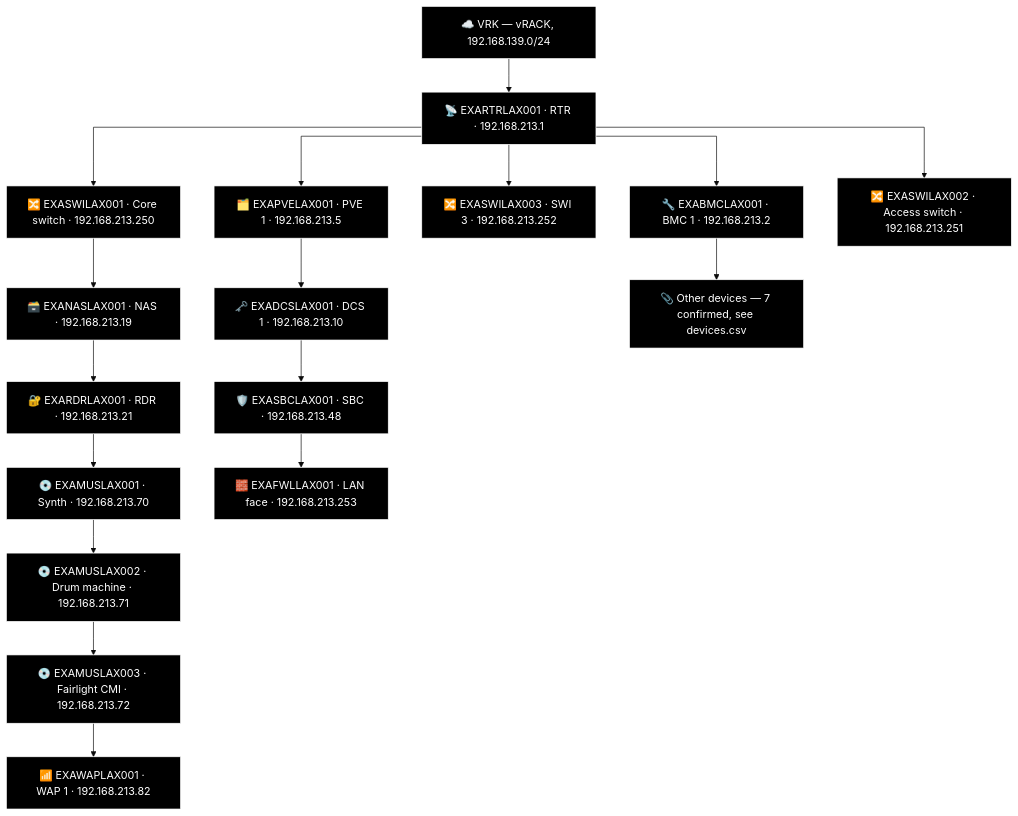
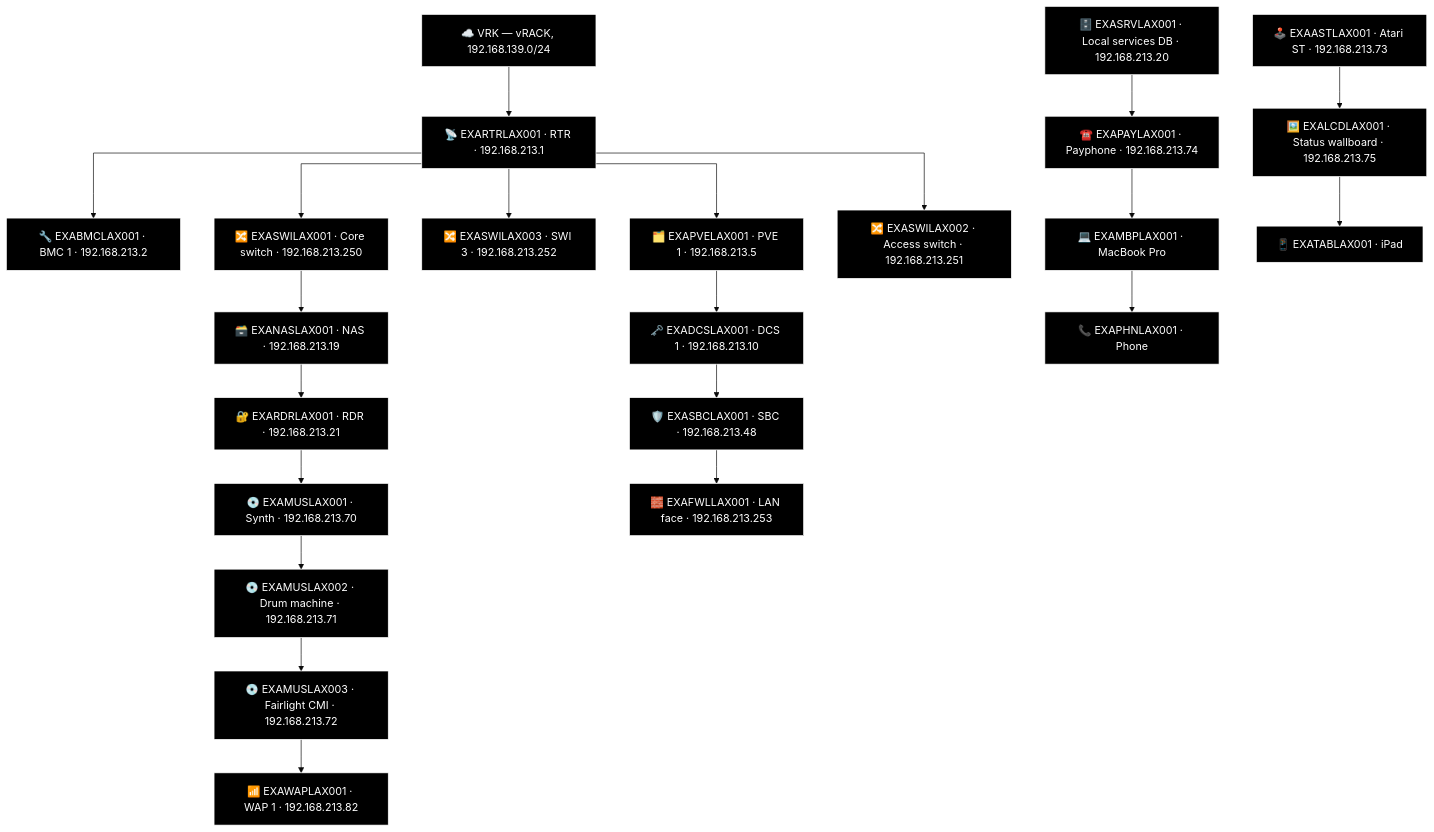
Before and after one commit to knightmare2600/example_music_infra: the second of 16 diagrams in docs/network-diagram/united-states.md, drawn with Mermaid (base theme). The commit also changed other lines of this file and 8 other files, not shown here.

First line of the commit message:
generate_network_diagrams.py: port FAL's two-column "Other" bucket into the generator

````diff
--- a/docs/network-diagram/united-states.md
+++ b/docs/network-diagram/united-states.md
@@ -59,49 +59,62 @@
 ```mermaid
 %% GENERATED:TOPOLOGY:LAX:START
 %%{init: {'flowchart': {'curve': 'stepAfter'}}}%%
 graph TD
     T_VRK["☁️ VRK — vRACK, 192.168.139.0/24"]
     T_RTR["📡 EXARTRLAX001 · RTR · 192.168.213.1"]
     T_VRK --> T_RTR
     T_BMC["🔧 EXABMCLAX001 · BMC 1 · 192.168.213.2"]
     T_RTR --> T_BMC
     T_PVE["🗂️ EXAPVELAX001 · PVE 1 · 192.168.213.5"]
     T_RTR --> T_PVE
     T_SWI["🔀 EXASWILAX003 · SWI 3 · 192.168.213.252"]
     T_RTR --> T_SWI
     T_SWI2["🔀 EXASWILAX001 · Core switch · 192.168.213.250"]
     T_RTR --> T_SWI2
     T_SWI3["🔀 EXASWILAX002 · Access switch · 192.168.213.251"]
     T_RTR --> T_SWI3
     T_NAS["🗃️ EXANASLAX001 · NAS · 192.168.213.19"]
     T_RDR["🔐 EXARDRLAX001 · RDR · 192.168.213.21"]
     T_MUS["💿 EXAMUSLAX001 · Synth · 192.168.213.70"]
     T_MUS2["💿 EXAMUSLAX002 · Drum machine · 192.168.213.71"]
     T_MUS3["💿 EXAMUSLAX003 · Fairlight CMI · 192.168.213.72"]
     T_WAP["📶 EXAWAPLAX001 · WAP 1 · 192.168.213.82"]
     T_SWI2 --> T_NAS --> T_RDR --> T_MUS --> T_MUS2 --> T_MUS3 --> T_WAP
     T_DCS["🗝️ EXADCSLAX001 · DCS 1 · 192.168.213.10"]
     T_SBC["🛡️ EXASBCLAX001 · SBC · 192.168.213.48"]
     T_FWL["🧱 EXAFWLLAX001 · LAN face · 192.168.213.253"]
     T_PVE --> T_DCS --> T_SBC --> T_FWL
-    T_OTHER["📎 Other devices — 7 confirmed, see devices.csv"]
-    T_BMC --> T_OTHER
+    T_SRV["🗄️ EXASRVLAX001 · Local services DB · 192.168.213.20"]
+    T_AST["🕹️ EXAASTLAX001 · Atari ST · 192.168.213.73"]
+    T_PAY["☎️ EXAPAYLAX001 · Payphone · 192.168.213.74"]
+    T_LCD["🖼️ EXALCDLAX001 · Status wallboard · 192.168.213.75"]
+    T_MBP["💻 EXAMBPLAX001 · MacBook Pro"]
+    T_TAB["📱 EXATABLAX001 · iPad"]
+    T_PHN["📞 EXAPHNLAX001 · Phone"]
+    T_SRV --> T_PAY --> T_MBP --> T_PHN
+    T_AST --> T_LCD --> T_TAB
     style T_VRK fill:#000000,stroke:#FFFFFF,color:#FFFFFF
     style T_RTR fill:#000000,stroke:#FFFFFF,color:#FFFFFF
     style T_BMC fill:#000000,stroke:#FFFFFF,color:#FFFFFF
     style T_PVE fill:#000000,stroke:#FFFFFF,color:#FFFFFF
     style T_SWI fill:#000000,stroke:#FFFFFF,color:#FFFFFF
     style T_SWI2 fill:#000000,stroke:#FFFFFF,color:#FFFFFF
     style T_SWI3 fill:#000000,stroke:#FFFFFF,color:#FFFFFF
     style T_NAS fill:#000000,stroke:#FFFFFF,color:#FFFFFF
     style T_RDR fill:#000000,stroke:#FFFFFF,color:#FFFFFF
     style T_MUS fill:#000000,stroke:#FFFFFF,color:#FFFFFF
     style T_MUS2 fill:#000000,stroke:#FFFFFF,color:#FFFFFF
     style T_MUS3 fill:#000000,stroke:#FFFFFF,color:#FFFFFF
     style T_WAP fill:#000000,stroke:#FFFFFF,color:#FFFFFF
     style T_DCS fill:#000000,stroke:#FFFFFF,color:#FFFFFF
     style T_SBC fill:#000000,stroke:#FFFFFF,color:#FFFFFF
     style T_FWL fill:#000000,stroke:#FFFFFF,color:#FFFFFF
-    style T_OTHER fill:#000000,stroke:#FFFFFF,color:#FFFFFF
+    style T_SRV fill:#000000,stroke:#FFFFFF,color:#FFFFFF
+    style T_AST fill:#000000,stroke:#FFFFFF,color:#FFFFFF
+    style T_PAY fill:#000000,stroke:#FFFFFF,color:#FFFFFF
+    style T_LCD fill:#000000,stroke:#FFFFFF,color:#FFFFFF
+    style T_MBP fill:#000000,stroke:#FFFFFF,color:#FFFFFF
+    style T_TAB fill:#000000,stroke:#FFFFFF,color:#FFFFFF
+    style T_PHN fill:#000000,stroke:#FFFFFF,color:#FFFFFF
 %% GENERATED:TOPOLOGY:LAX:END
 ```
````
